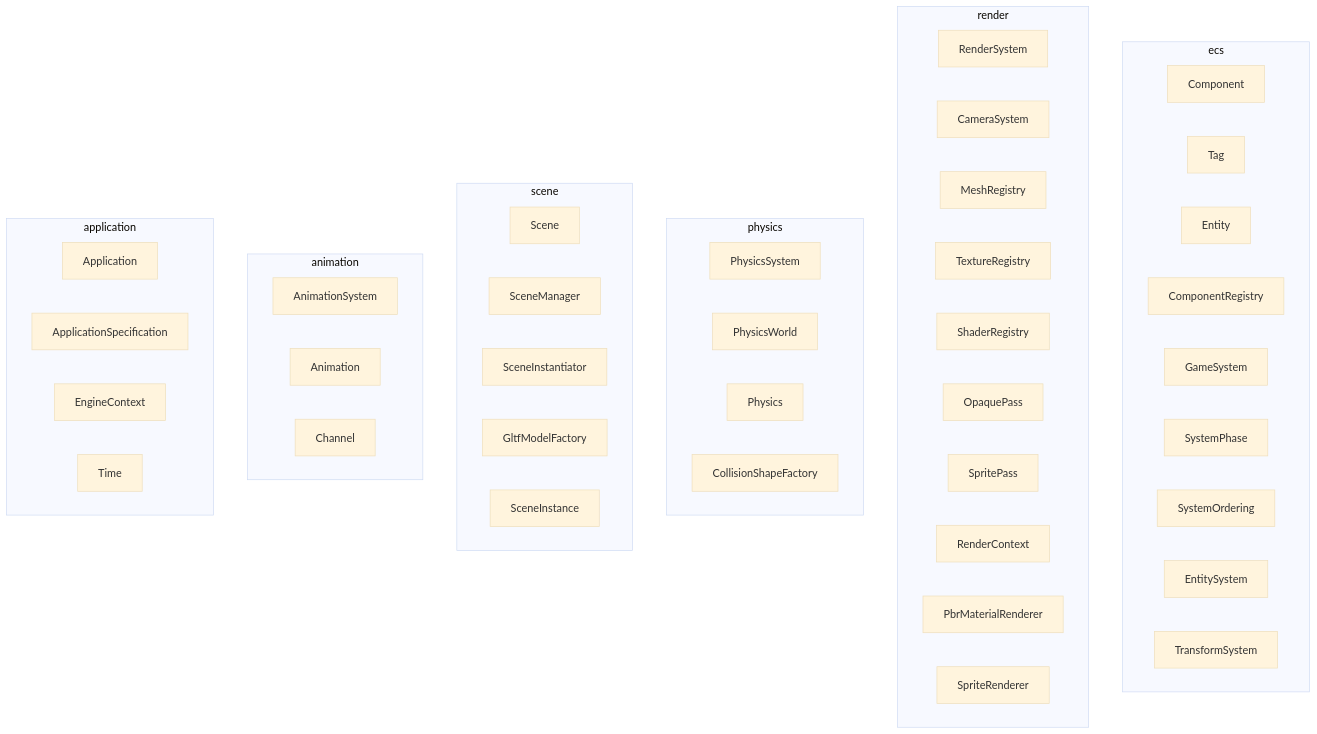
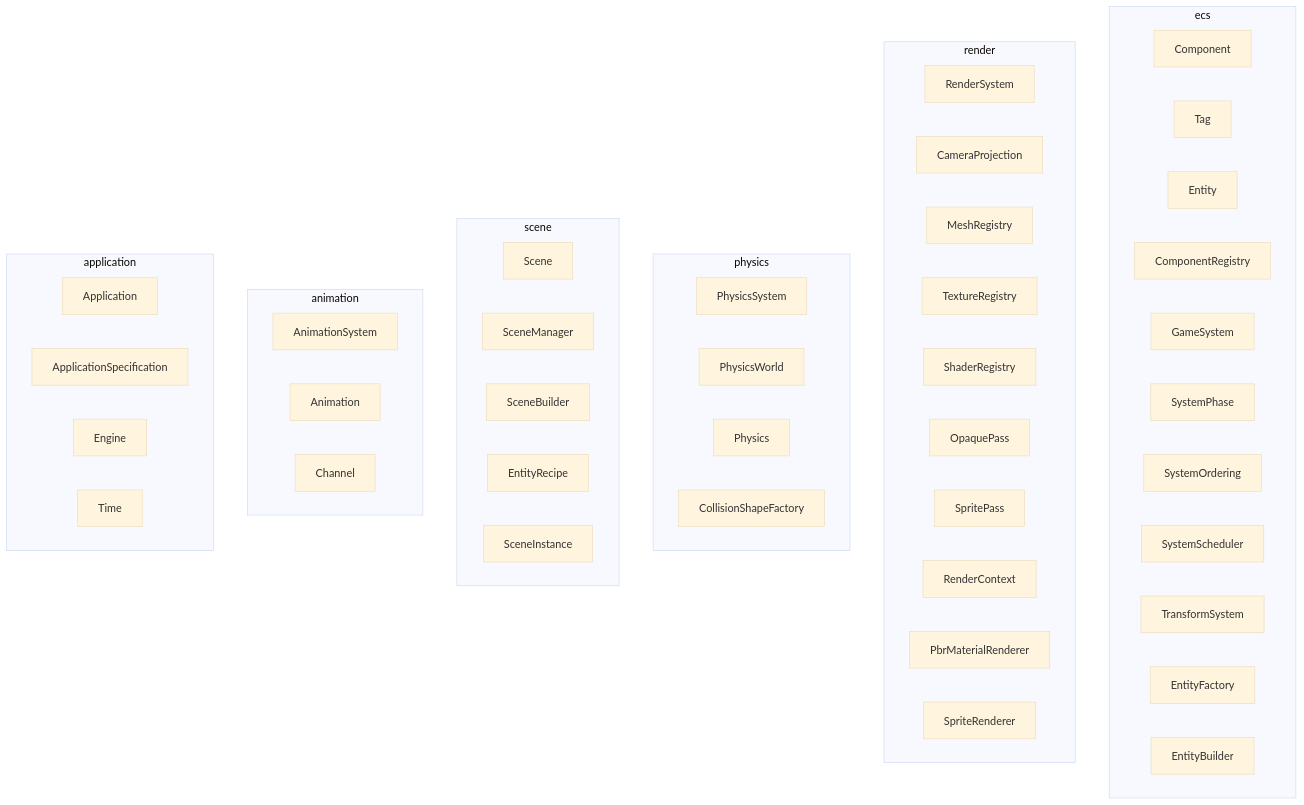
Before and after one commit to Chapslock/neon-racer: the ninth of 9 diagrams in README.md, drawn with Mermaid (base theme). The commit also changed other lines of this file and 1 other file, not shown here.

Commit message:
docs: rewrite README to match current architecture

````diff
--- a/README.md
+++ b/README.md
@@ -194,55 +205,57 @@
 ```mermaid
 graph TD
     subgraph ecs
         Component
         Tag
         Entity
         ComponentRegistry
         GameSystem
         SystemPhase
         SystemOrdering
-        EntitySystem
+        SystemScheduler
         TransformSystem
+        EntityFactory
+        EntityBuilder
     end
 
     subgraph render
         RenderSystem
-        CameraSystem
+        CameraProjection
         MeshRegistry
         TextureRegistry
         ShaderRegistry
         OpaquePass
         SpritePass
         RenderContext
         PbrMaterialRenderer
         SpriteRenderer
     end
 
     subgraph physics
         PhysicsSystem
         PhysicsWorld
         Physics
         CollisionShapeFactory
     end
 
     subgraph scene
         Scene
         SceneManager
-        SceneInstantiator
-        GltfModelFactory
+        SceneBuilder
+        EntityRecipe
         SceneInstance
     end
 
     subgraph animation
         AnimationSystem
         Animation
         Channel
     end
 
     subgraph application
         Application
         ApplicationSpecification
-        EngineContext
+        Engine
         Time
     end
 ```
````
